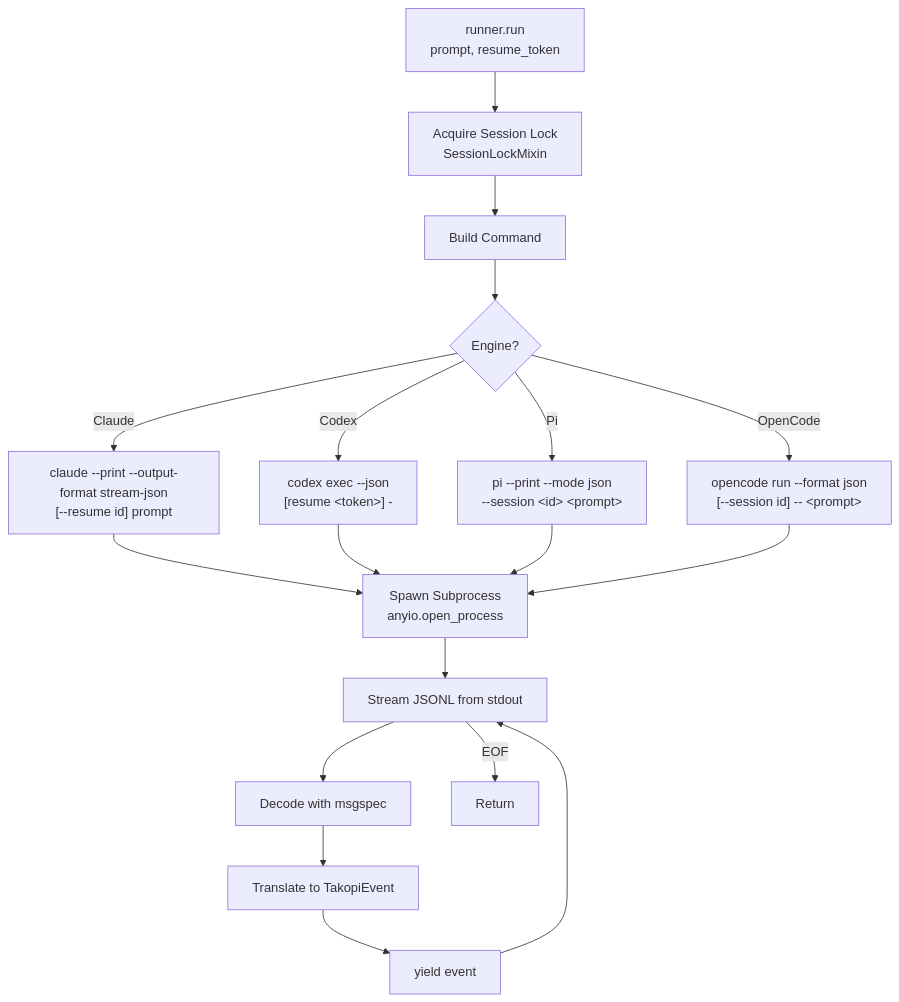
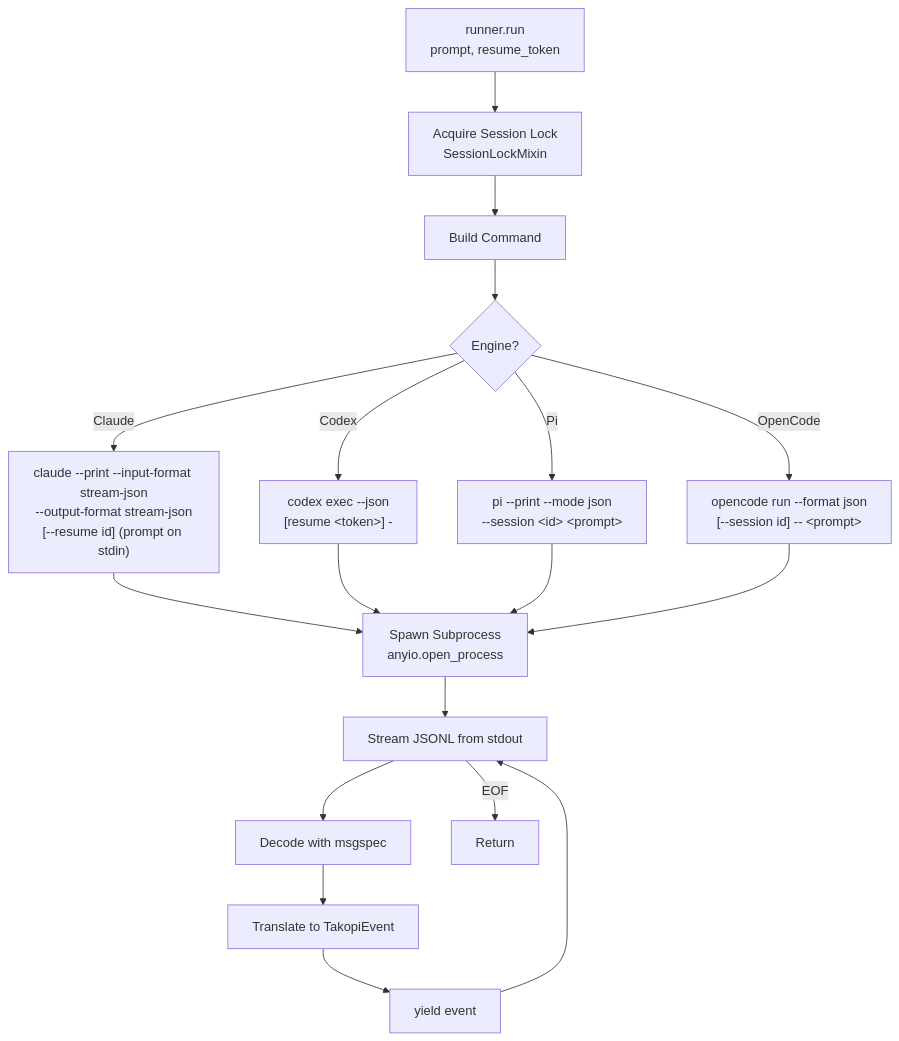
Before and after one commit to banteg/takopi: the fourth of 8 diagrams in docs/explanation/architecture.md, drawn with Mermaid. The commit also changed 15 other files, not shown here.

````diff
--- a/docs/explanation/architecture.md
+++ b/docs/explanation/architecture.md
@@ -197,26 +197,26 @@
 ```mermaid
 flowchart TD
     A[runner.run\nprompt, resume_token] --> B[Acquire Session Lock<br/>SessionLockMixin]
 
     B --> C[Build Command]
 
     C --> D{Engine?}
-    D -->|Claude| D1["claude --print --output-format stream-json<br/>[--resume id] prompt"]
+    D -->|Claude| D1["claude --print --input-format stream-json<br/>--output-format stream-json<br/>[--resume id] (prompt on stdin)"]
     D -->|Codex| D2["codex exec --json<br/>[resume &lt;token&gt;] -"]
     D -->|Pi| D3["pi --print --mode json<br/>--session &lt;id&gt; &lt;prompt&gt;"]
     D -->|OpenCode| D4["opencode run --format json<br/>[--session id] -- &lt;prompt&gt;"]
 
     D1 --> E[Spawn Subprocess<br/>anyio.open_process]
     D2 --> E
     D3 --> E
     D4 --> E
 
     E --> F[Stream JSONL from stdout]
 
     F --> G[Decode with msgspec]
     G --> H[Translate to TakopiEvent]
     H --> I[yield event]
     I --> F
 
     F -->|EOF| J[Return]
 ```
````
